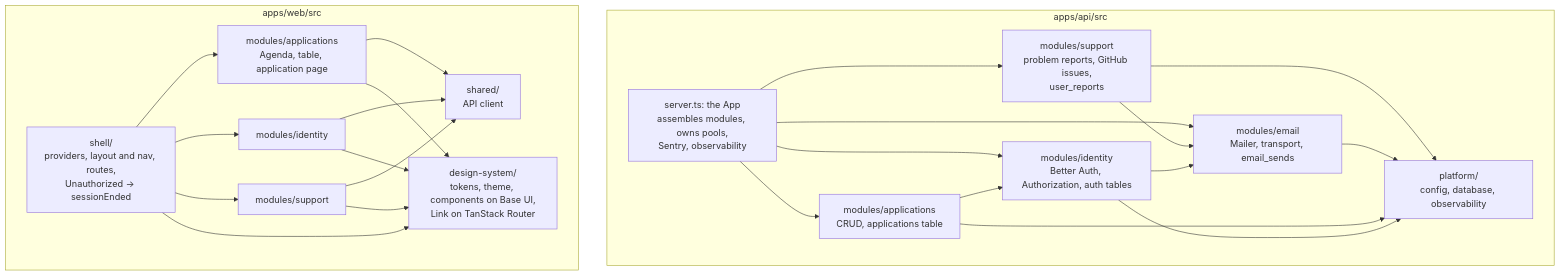
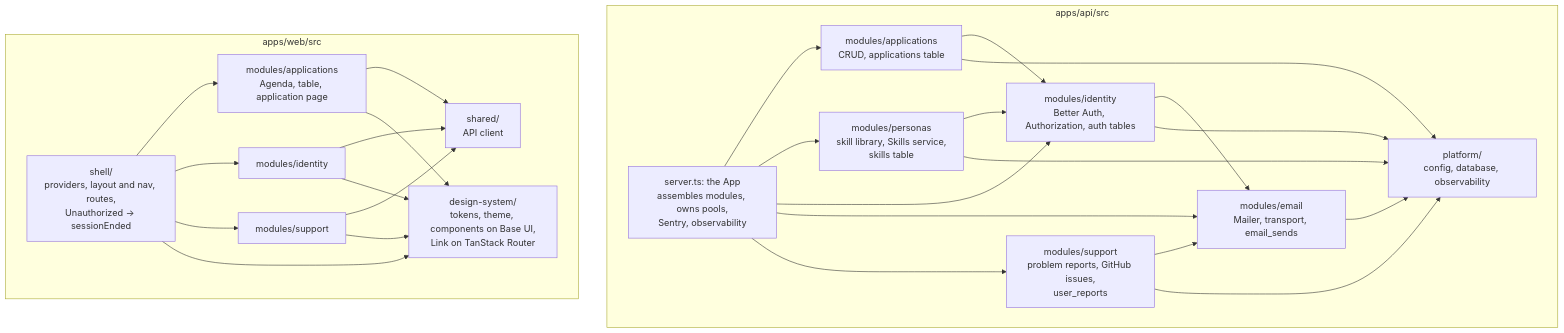
One commit to brianpatterson/roundtable changed the second of 8 diagrams in docs/architecture.md. Above: the diagram before and after it, drawn with Mermaid. The commit also changed other lines of this file, not shown here.

Commit message:
docs: the personas module and skills table in the architecture

````diff
--- a/docs/architecture.md
+++ b/docs/architecture.md
@@ -74,21 +74,23 @@
 ```mermaid
 flowchart TB
   subgraph api[apps/api/src]
-    server[server.ts: the App<br/>assembles modules, owns pools,<br/>Sentry, observability] --> applications & identity & email & support
+    server[server.ts: the App<br/>assembles modules, owns pools,<br/>Sentry, observability] --> applications & personas & identity & email & support
     applications[modules/applications<br/>CRUD, applications table] --> identity
+    personas[modules/personas<br/>skill library, Skills service,<br/>skills table] --> identity
+    personas --> platform
     support[modules/support<br/>problem reports, GitHub issues,<br/>user_reports] --> email
     support --> platform
     identity[modules/identity<br/>Better Auth, Authorization, auth tables] --> email
     email[modules/email<br/>Mailer, transport, email_sends] --> platform
     applications --> platform
     identity --> platform
     platform[platform/<br/>config, database, observability]
   end
   subgraph web[apps/web/src]
     shell[shell/<br/>providers, layout and nav, routes,<br/>Unauthorized → sessionEnded] --> wapps[modules/applications<br/>Agenda, table, application page] & wid[modules/identity] & wsup[modules/support]
     wapps --> wshared[shared/<br/>API client]
     wid --> wshared
     wsup --> wshared
     shell & wapps & wid & wsup --> ds[design-system/<br/>tokens, theme, components on Base UI,<br/>Link on TanStack Router]
   end
 ```
````
